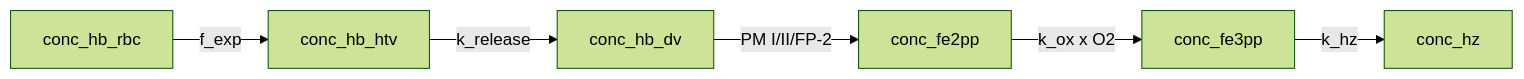
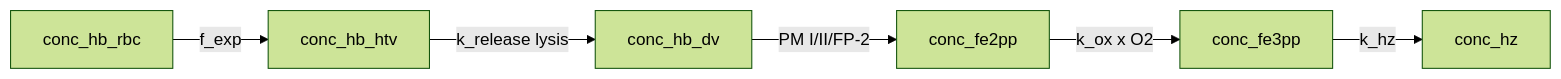
Before and after one commit to davidkuter/haem_kinetics: the diagram in docs/models/model5.md, drawn with Mermaid (forest theme). The commit also changed other lines of this file and 40 other files, not shown here.

````diff
--- a/docs/models/model5.md
+++ b/docs/models/model5.md
@@ -39,8 +41,8 @@
 ```mermaid
 flowchart LR
-  Host["conc_hb_rbc"] -->|"f_exp"| HTV["conc_hb_htv"]
-  HTV -->|"k_release"| Lumen["conc_hb_dv"]
+  Host["conc_hb_rbc"] -->|"f_exp"| InnerVesicle["conc_hb_htv"]
+  InnerVesicle -->|"k_release lysis"| Lumen["conc_hb_dv"]
   Lumen -->|"PM I/II/FP-2"| Fe2["conc_fe2pp"]
   Fe2 -->|"k_ox x O2"| Fe3["conc_fe3pp"]
   Fe3 -->|"k_hz"| Hz["conc_hz"]
 ```
````
